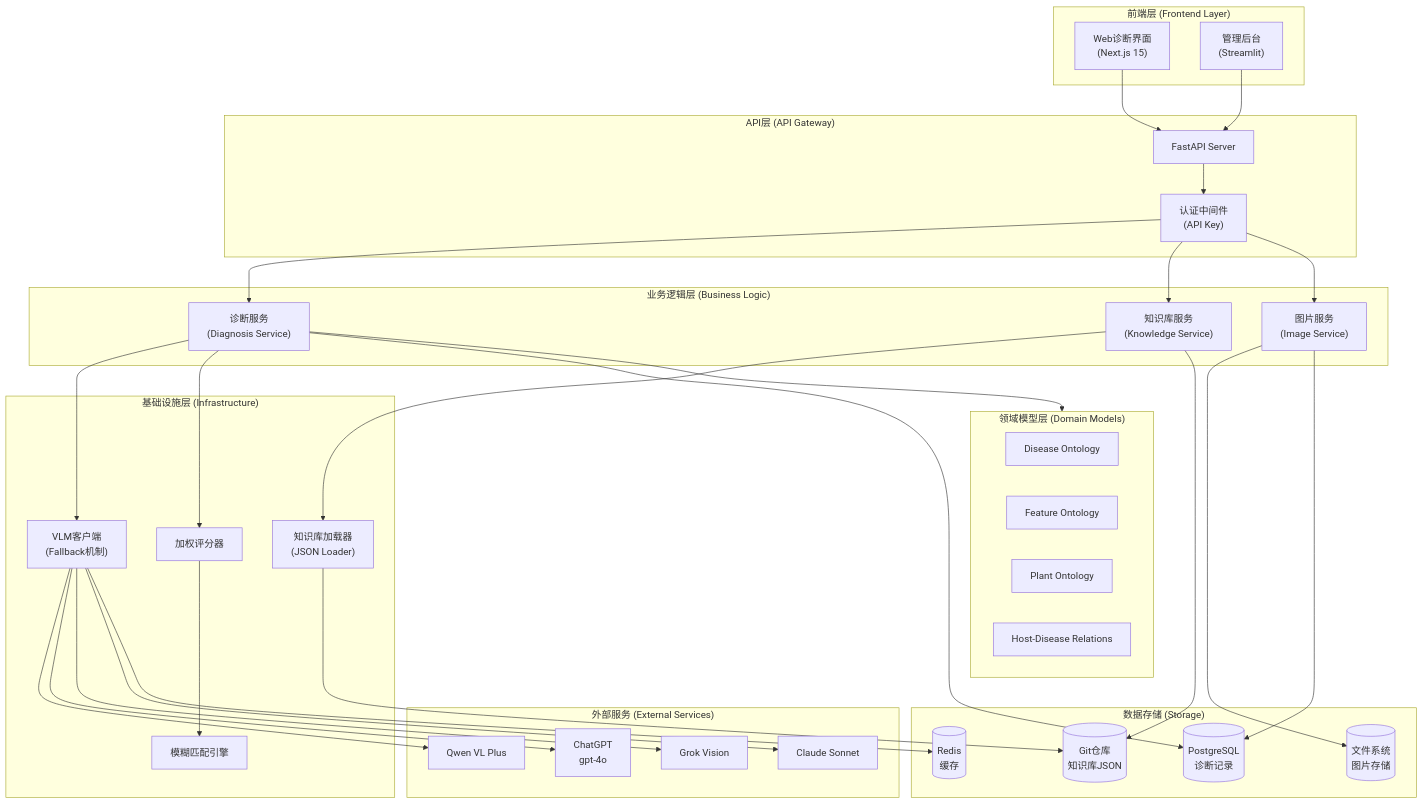
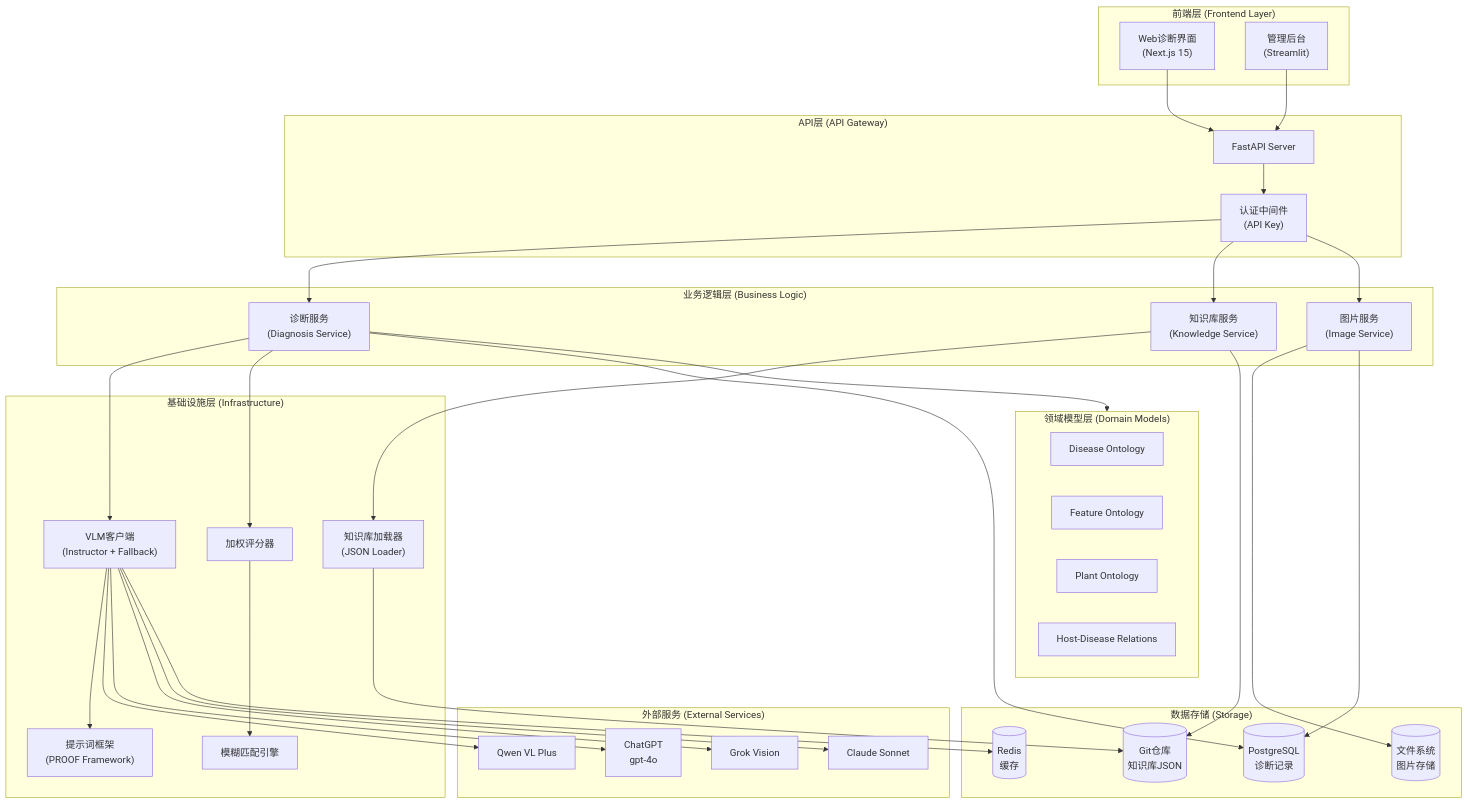
One commit to huacc/PhytoOracle changed the first of 3 diagrams in docs/design/详细设计文档.md. Above: the diagram before and after it, drawn with Mermaid. The commit also changed other lines of this file and 6 other files, not shown here.

```diff
--- a/docs/design/详细设计文档.md
+++ b/docs/design/详细设计文档.md
@@ -103,7 +113,8 @@
 
     %% 基础设施层
     subgraph Infra["基础设施层 (Infrastructure)"]
-        VLM["VLM客户端<br/>(Fallback机制)"]
+        PromptFramework["提示词框架<br/>(PROOF Framework)"]
+        VLM["VLM客户端<br/>(Instructor + Fallback)"]
         OntologyLoader["知识库加载器<br/>(JSON Loader)"]
         Matcher["模糊匹配引擎"]
         Scorer["加权评分器"]
@@ -142,6 +153,7 @@
 
     ImageService --> FS
 
+    VLM --> PromptFramework
     VLM --> Qwen
     VLM --> GPT
     VLM --> Grok
```
